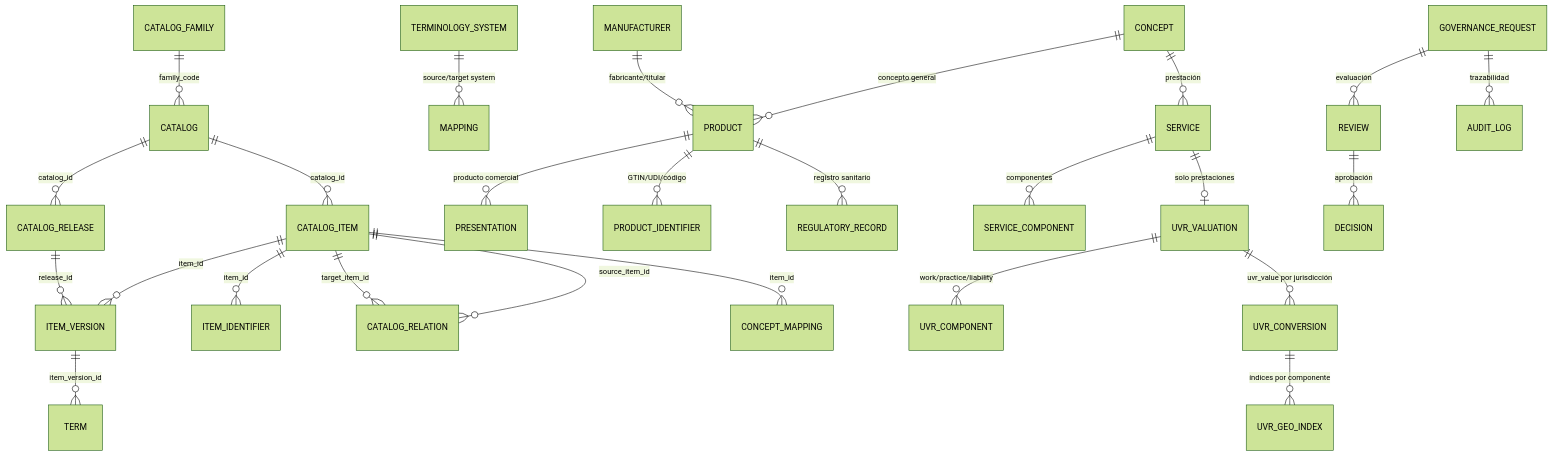
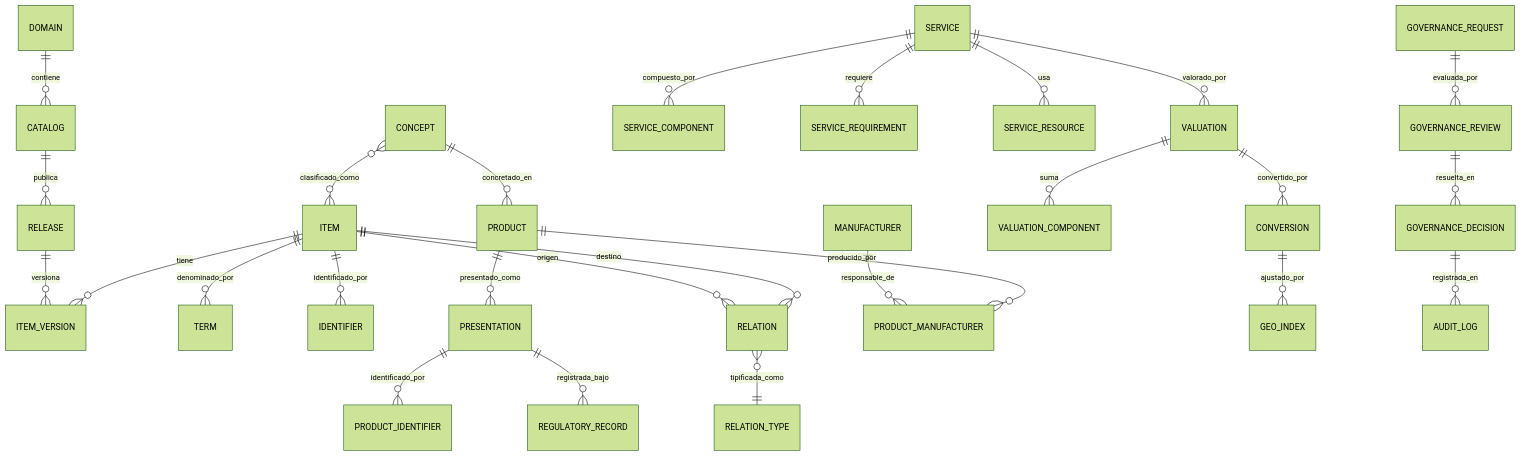
Before and after one commit to luisuriarte/code-api: the diagram in docs/architecture/propuesta-arquitectura-catalogos-sanitarios.md, drawn with Mermaid (forest theme). The commit also changed other lines of this file and 13 other files, not shown here.

````diff
--- a/docs/architecture/propuesta-arquitectura-catalogos-sanitarios.md
+++ b/docs/architecture/propuesta-arquitectura-catalogos-sanitarios.md
@@ -365,29 +366,32 @@
 ```mermaid
 erDiagram
-    CATALOG_FAMILY ||--o{ CATALOG : "family_code"
-    CATALOG ||--o{ CATALOG_RELEASE : "catalog_id"
-    CATALOG ||--o{ CATALOG_ITEM : "catalog_id"
-    CATALOG_ITEM ||--o{ ITEM_VERSION : "item_id"
-    CATALOG_RELEASE ||--o{ ITEM_VERSION : "release_id"
-    ITEM_VERSION ||--o{ TERM : "item_version_id"
-    CATALOG_ITEM ||--o{ ITEM_IDENTIFIER : "item_id"
-    CATALOG_ITEM ||--o{ CATALOG_RELATION : "source_item_id"
-    CATALOG_ITEM ||--o{ CATALOG_RELATION : "target_item_id"
-    CATALOG_ITEM ||--o{ CONCEPT_MAPPING : "item_id"
-    TERMINOLOGY_SYSTEM ||--o{ MAPPING : "source/target system"
+    DOMAIN ||--o{ CATALOG : contiene
+    CATALOG ||--o{ RELEASE : publica
+    RELEASE ||--o{ ITEM_VERSION : versiona
+    ITEM ||--o{ ITEM_VERSION : tiene
+    ITEM ||--o{ TERM : denominado_por
+    ITEM ||--o{ IDENTIFIER : identificado_por
+    ITEM ||--o{ RELATION : origen
+    ITEM ||--o{ RELATION : destino
+    RELATION }o--|| RELATION_TYPE : tipificada_como
 
-    CONCEPT ||--o{ PRODUCT : "concepto general"
-    PRODUCT ||--o{ PRESENTATION : "producto comercial"
-    PRODUCT ||--o{ PRODUCT_IDENTIFIER : "GTIN/UDI/código"
-    MANUFACTURER ||--o{ PRODUCT : "fabricante/titular"
-    PRODUCT ||--o{ REGULATORY_RECORD : "registro sanitario"
-    CONCEPT ||--o{ SERVICE : "prestación"
-    SERVICE ||--o{ SERVICE_COMPONENT : "componentes"
-    SERVICE ||--o| UVR_VALUATION : "solo prestaciones"
-    UVR_VALUATION ||--o{ UVR_COMPONENT : "work/practice/liability"
-    UVR_VALUATION ||--o{ UVR_CONVERSION : "uvr_value por jurisdicción"
-    UVR_CONVERSION ||--o{ UVR_GEO_INDEX : "índices por componente"
-    GOVERNANCE_REQUEST ||--o{ REVIEW : "evaluación"
-    REVIEW ||--o{ DECISION : "aprobación"
-    GOVERNANCE_REQUEST ||--o{ AUDIT_LOG : "trazabilidad"
+    CONCEPT ||--o{ PRODUCT : concretado_en
+    PRODUCT ||--o{ PRESENTATION : presentado_como
+    PRESENTATION ||--o{ PRODUCT_IDENTIFIER : identificado_por
+    MANUFACTURER ||--o{ PRODUCT_MANUFACTURER : responsable_de
+    PRODUCT ||--o{ PRODUCT_MANUFACTURER : producido_por
+    PRESENTATION ||--o{ REGULATORY_RECORD : registrada_bajo
+    CONCEPT }o--o{ ITEM : clasificado_como
+
+    SERVICE ||--o{ SERVICE_COMPONENT : compuesto_por
+    SERVICE ||--o{ SERVICE_REQUIREMENT : requiere
+    SERVICE ||--o{ SERVICE_RESOURCE : usa
+    SERVICE ||--o{ VALUATION : valorado_por
+    VALUATION ||--o{ VALUATION_COMPONENT : suma
+    VALUATION ||--o{ CONVERSION : convertido_por
+    CONVERSION ||--o{ GEO_INDEX : ajustado_por
+
+    GOVERNANCE_REQUEST ||--o{ GOVERNANCE_REVIEW : evaluada_por
+    GOVERNANCE_REVIEW ||--o{ GOVERNANCE_DECISION : resuelta_en
+    GOVERNANCE_DECISION ||--o{ AUDIT_LOG : registrada_en
 ```
````
